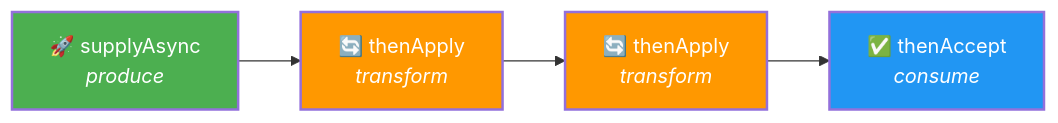
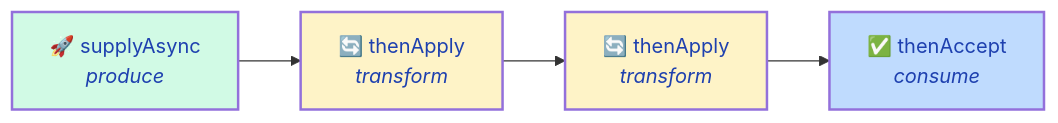
Before and after one commit to saivamsikaruturi/vamsilabs-dev-notes-main: the diagram in docs/java/CompletableFuture.md, drawn with Mermaid. The commit also changed 220 other files, not shown here.

First line of the commit message:
Add 50+ new Java/Spring Boot pages, rewrite CSS code blocks to Oracle style, fix all diagram colors

````diff
--- a/docs/java/CompletableFuture.md
+++ b/docs/java/CompletableFuture.md
@@ -56,11 +56,11 @@
 ```mermaid
 graph LR
     A["🚀 supplyAsync<br/><i>produce</i>"] --> B["🔄 thenApply<br/><i>transform</i>"]
     B --> C["🔄 thenApply<br/><i>transform</i>"]
     C --> D["✅ thenAccept<br/><i>consume</i>"]
 
-    style A fill:#4CAF50,color:#fff,stroke-width:2px
-    style B fill:#FF9800,color:#fff,stroke-width:2px
-    style C fill:#FF9800,color:#fff,stroke-width:2px
-    style D fill:#2196F3,color:#fff,stroke-width:2px
+    style A fill:#D1FAE5,color:#1E40AF,stroke-width:2px
+    style B fill:#FEF3C7,color:#1E40AF,stroke-width:2px
+    style C fill:#FEF3C7,color:#1E40AF,stroke-width:2px
+    style D fill:#BFDBFE,color:#1E40AF,stroke-width:2px
 ```
````
